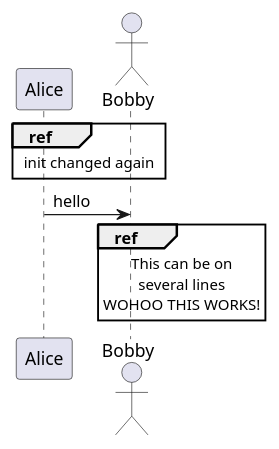
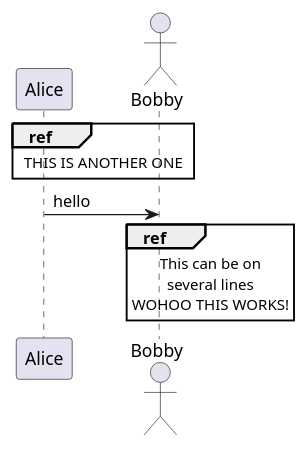
One commit to paskahlisanjas/diagram-as-code changed the diagram in new-diagram.puml. Above: the diagram before and after it, drawn with PlantUML.

Commit message:
feat: make some changes

```diff
--- a/new-diagram.puml
+++ b/new-diagram.puml
@@ -1,14 +1,14 @@
 @startuml
 participant Alice
 actor Bobby
 
-ref over Alice, Bobby : init changed again
+ref over Alice, Bobby : THIS IS ANOTHER ONE
 
 Alice -> Bobby : hello
 
 ref over Bobby
   This can be on
   several lines
   WOHOO THIS WORKS!
 end ref
 @enduml
```
